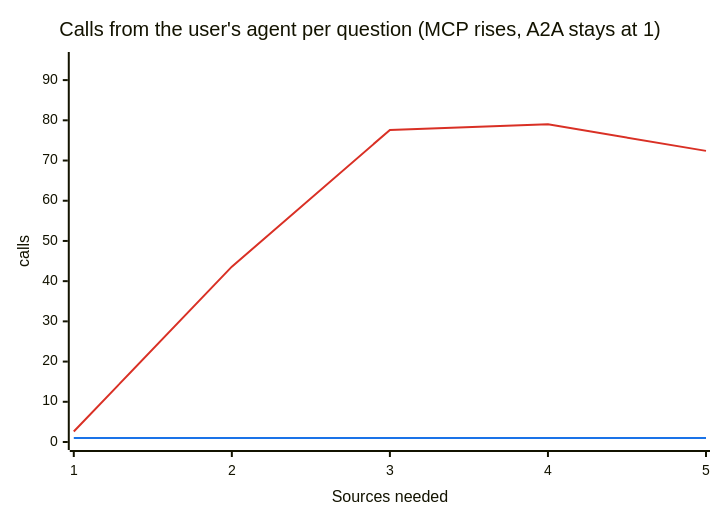
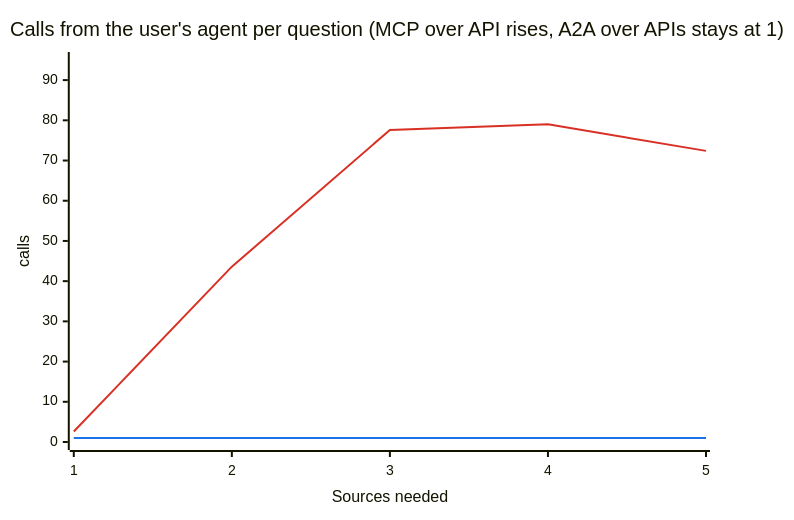
Before and after one commit to msampathkumar/a2a-mcp-warehouse-demo: the second of 2 diagrams in docs/report.md, drawn with Mermaid. The commit also changed other lines of this file and 27 other files, not shown here.

Commit message:
docs: rename compared paths to "MCP over API" and "A2A over APIs"; update README takeaway

````diff
--- a/docs/report.md
+++ b/docs/report.md
@@ -62,9 +64,9 @@
 ```mermaid
 %%{init: {"themeVariables": {"xyChart": {"plotColorPalette": "#d93025, #1a73e8"}}}}%%
 xychart-beta
-    title "Calls from the user's agent per question (MCP rises, A2A stays at 1)"
+    title "Calls from the user's agent per question (MCP over API rises, A2A over APIs stays at 1)"
     x-axis "Sources needed" ["1", "2", "3", "4", "5"]
     y-axis "calls" 0 --> 95
     line [2.6, 43.6, 77.6, 79.0, 72.4]
     line [1.0, 1.0, 1.0, 1.0, 1.0]
 ```
````
